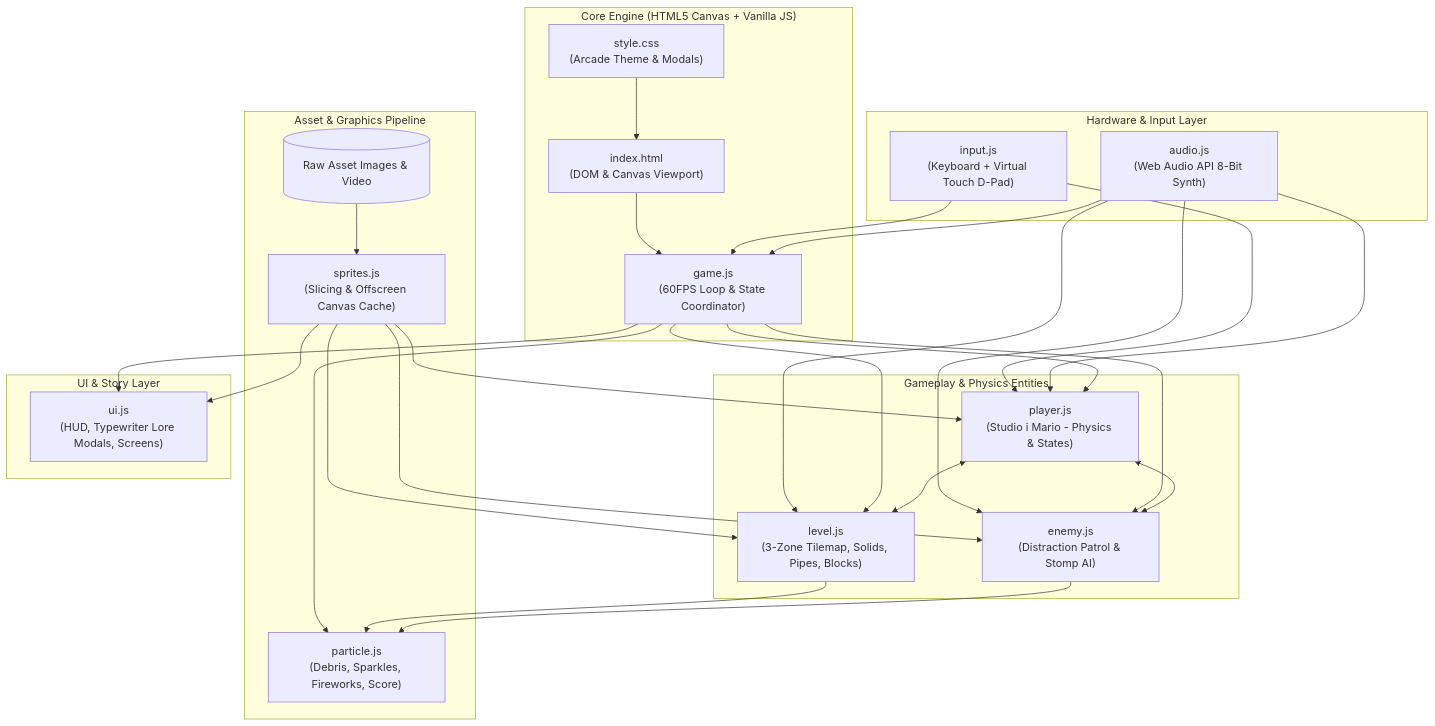
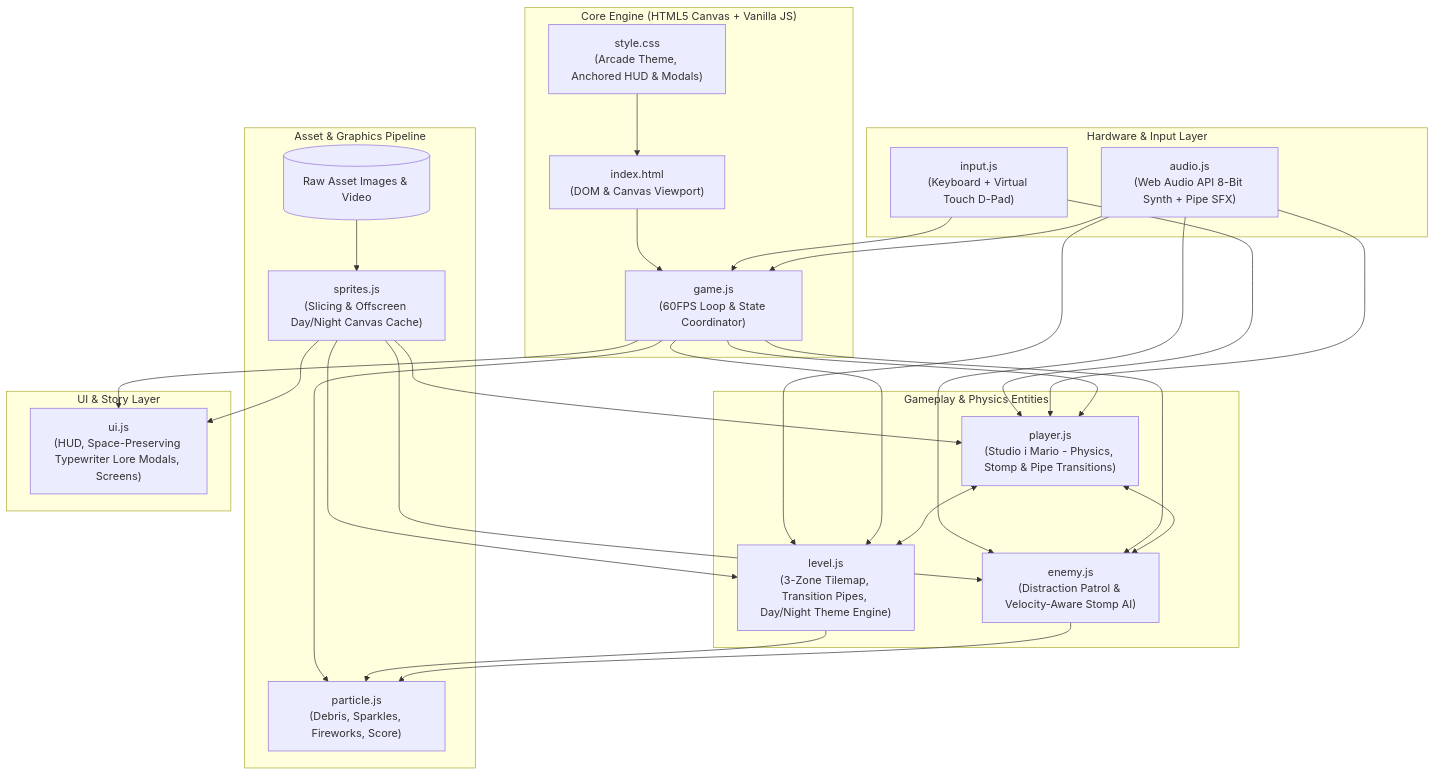
One commit to govindgautam-glitch/mario-game changed the first of 4 diagrams in project_summary_graph.md. Above: the diagram before and after it, drawn with Mermaid. The commit also changed other lines of this file and 5 other files, not shown here.

Commit message:
Fix info card word wrapping and space preservation, anchor continue button, and add interactive pipe day/night theme crossfade

````diff
--- a/project_summary_graph.md
+++ b/project_summary_graph.md
@@ -9,56 +9,56 @@
 ```mermaid
 graph TD
     subgraph "Core Engine (HTML5 Canvas + Vanilla JS)"
         Index["index.html<br/>(DOM & Canvas Viewport)"]
-        CSS["style.css<br/>(Arcade Theme & Modals)"]
+        CSS["style.css<br/>(Arcade Theme, Anchored HUD & Modals)"]
         Game["game.js<br/>(60FPS Loop & State Coordinator)"]
     end
 
     subgraph "Hardware & Input Layer"
         Input["input.js<br/>(Keyboard + Virtual Touch D-Pad)"]
-        Audio["audio.js<br/>(Web Audio API 8-Bit Synth)"]
+        Audio["audio.js<br/>(Web Audio API 8-Bit Synth + Pipe SFX)"]
     end
 
     subgraph "Asset & Graphics Pipeline"
         Assets[("Raw Asset Images & Video")]
-        Sprites["sprites.js<br/>(Slicing & Offscreen Canvas Cache)"]
+        Sprites["sprites.js<br/>(Slicing & Offscreen Day/Night Canvas Cache)"]
         Particles["particle.js<br/>(Debris, Sparkles, Fireworks, Score)"]
     end
 
     subgraph "Gameplay & Physics Entities"
-        Player["player.js<br/>(Studio i Mario - Physics & States)"]
-        Enemy["enemy.js<br/>(Distraction Patrol & Stomp AI)"]
-        Level["level.js<br/>(3-Zone Tilemap, Solids, Pipes, Blocks)"]
+        Player["player.js<br/>(Studio i Mario - Physics, Stomp & Pipe Transitions)"]
+        Enemy["enemy.js<br/>(Distraction Patrol & Velocity-Aware Stomp AI)"]
+        Level["level.js<br/>(3-Zone Tilemap, Transition Pipes, Day/Night Theme Engine)"]
     end
 
     subgraph "UI & Story Layer"
-        UI["ui.js<br/>(HUD, Typewriter Lore Modals, Screens)"]
+        UI["ui.js<br/>(HUD, Space-Preserving Typewriter Lore Modals, Screens)"]
     end
 
     %% Connections
     Index --> Game
     CSS --> Index
     Assets --> Sprites
     Sprites --> Player
     Sprites --> Enemy
     Sprites --> Level
     Sprites --> UI
 
     Input --> Game
     Input --> Player
     Audio --> Game
     Audio --> Player
     Audio --> Enemy
     Audio --> Level
 
     Game --> Player
     Game --> Enemy
     Game --> Level
     Game --> Particles
     Game --> UI
 
     Player <--> Level
     Player <--> Enemy
     Level --> Particles
     Enemy --> Particles
 ```
````
